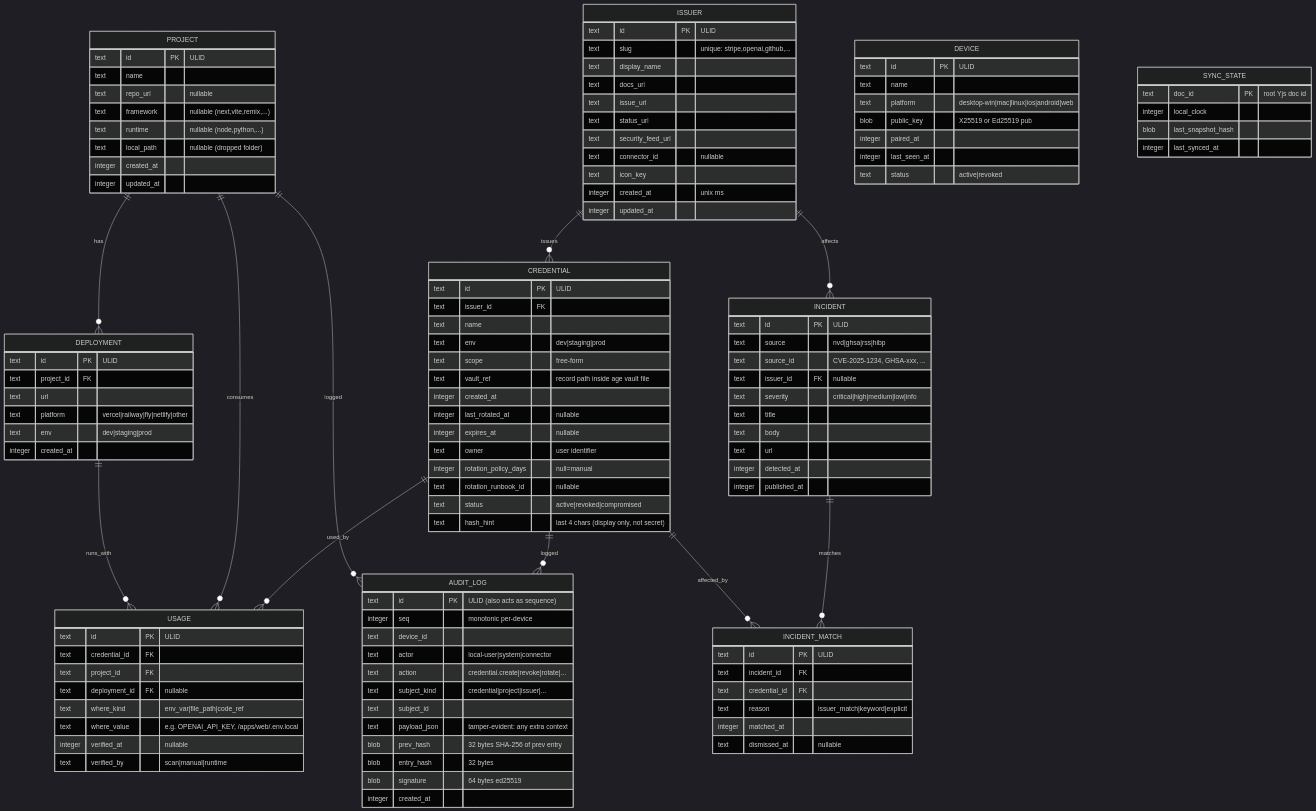
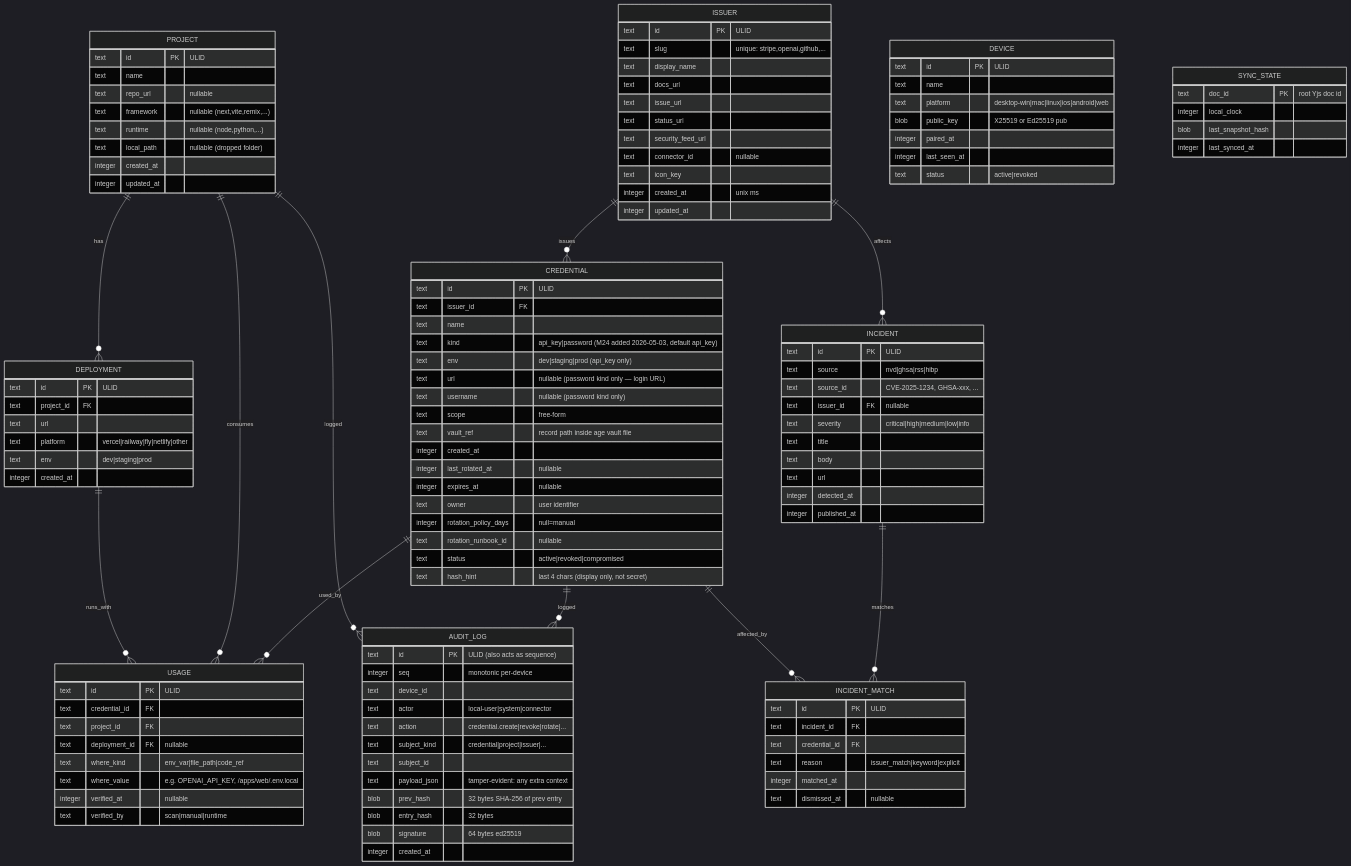
The diagram in docs/architecture.md (phoodul/secretbank), drawn with Mermaid (dark theme) before and after one commit. The commit also changed other lines of this file and 8 other files, not shown here.

```diff
--- a/docs/architecture.md
+++ b/docs/architecture.md
@@ -171,7 +171,10 @@
         text id PK "ULID"
         text issuer_id FK
         text name
-        text env "dev|staging|prod"
+        text kind "api_key|password (M24 added 2026-05-03, default api_key)"
+        text env "dev|staging|prod (api_key only)"
+        text url "nullable (password kind only — login URL)"
+        text username "nullable (password kind only)"
         text scope "free-form"
         text vault_ref "record path inside age vault file"
         integer created_at
```
